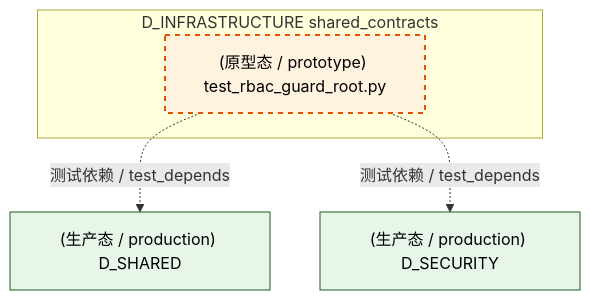
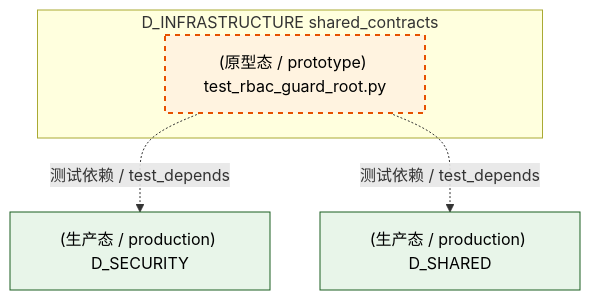
Before and after one commit to xuanFelixVan/ZephyrAlpha: the third of 6 diagrams in docs/02_enterprise_architecture/02_domain_architecture_docs/62_d_infrastructure.md, drawn with Mermaid. The commit also changed other lines of this file and 126 other files, not shown here.

````diff
--- a/docs/02_enterprise_architecture/02_domain_architecture_docs/62_d_infrastructure.md
+++ b/docs/02_enterprise_architecture/02_domain_architecture_docs/62_d_infrastructure.md
@@ -301,16 +301,16 @@
 ```mermaid
 graph TD
     subgraph D_INFRASTRUCTURE["D_INFRASTRUCTURE shared_contracts"]
         tests_contracts_test_rbac_guard_root_py["(原型态 / prototype) test_rbac_guard_root.py"]
     end
+    D_SECURITY["(生产态 / production) D_SECURITY"]
+    tests_contracts_test_rbac_guard_root_py -.->|测试依赖 / test_depends| D_SECURITY
     D_SHARED["(生产态 / production) D_SHARED"]
     tests_contracts_test_rbac_guard_root_py -.->|测试依赖 / test_depends| D_SHARED
-    D_SECURITY["(生产态 / production) D_SECURITY"]
-    tests_contracts_test_rbac_guard_root_py -.->|测试依赖 / test_depends| D_SECURITY
     classDef production fill:#e1f5fe,stroke:#01579b,stroke-width:2px,color:#000
     classDef design fill:#fff3e0,stroke:#e65100,stroke-width:2px,color:#000,stroke-dasharray: 5 5
     classDef external_prod fill:#e8f5e9,stroke:#1b5e20,stroke-width:1px,color:#000
     classDef external_design fill:#fce4ec,stroke:#880e4f,stroke-width:1px,color:#000,stroke-dasharray: 5 5
     class tests_contracts_test_rbac_guard_root_py design
-    class D_SHARED,D_SECURITY external_prod
+    class D_SECURITY,D_SHARED external_prod
 ```
````
